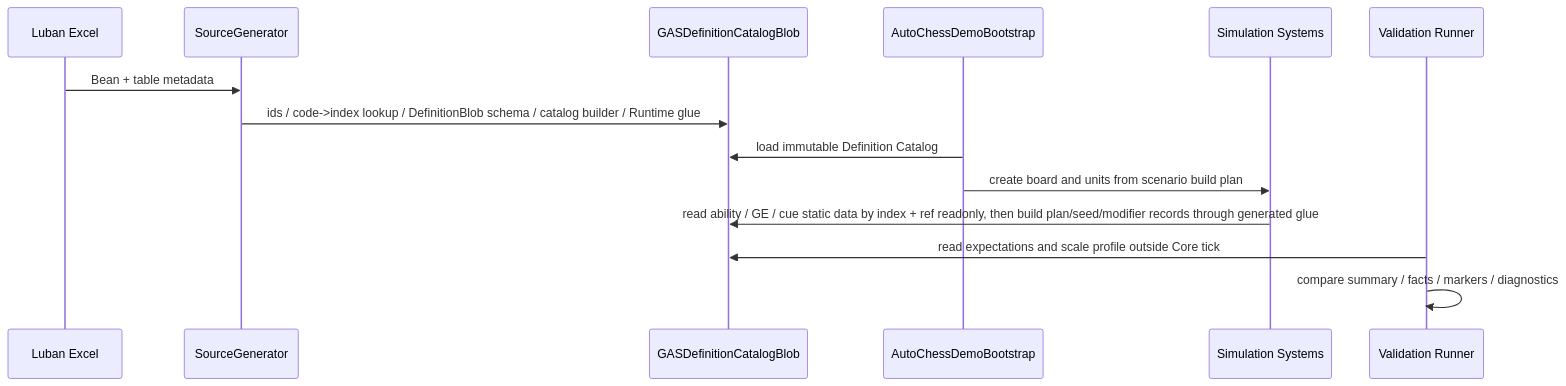
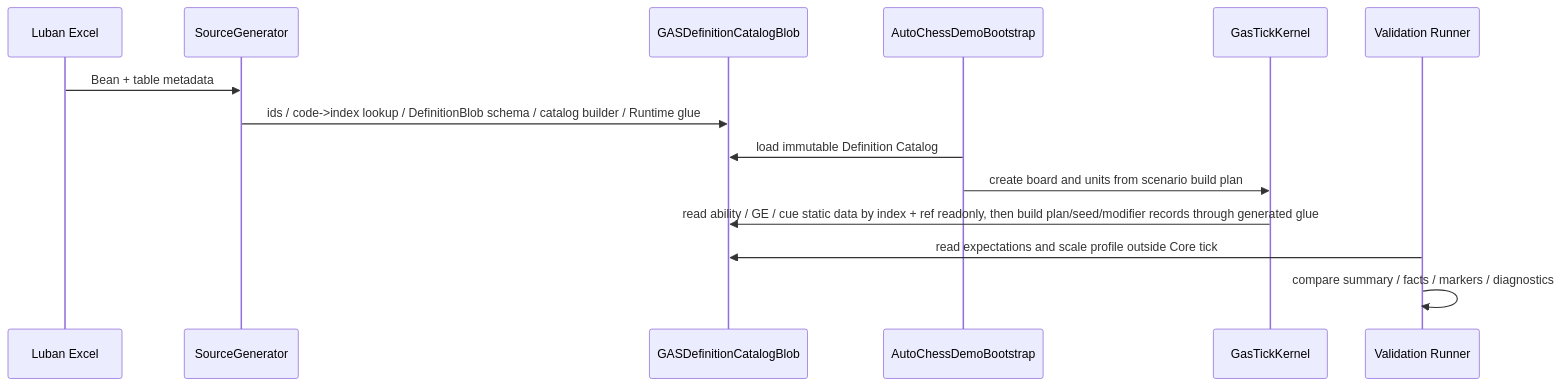
The second of 2 diagrams in 方案讨论/针对2.0的ECS架构的迭代方案讨论/01-目标态架构共识/11-AutoChessDemo-Luban配置方案Spec.md (Bo-ki/gameplay-ability-system-for-unity), drawn with Mermaid before and after one commit. The commit also changed other lines of this file and 104 other files, not shown here.

````diff
--- a/方案讨论/针对2.0的ECS架构的迭代方案讨论/01-目标态架构共识/11-AutoChessDemo-Luban配置方案Spec.md
+++ b/方案讨论/针对2.0的ECS架构的迭代方案讨论/01-目标态架构共识/11-AutoChessDemo-Luban配置方案Spec.md
@@ -501,17 +556,17 @@
 ```mermaid
 sequenceDiagram
     participant Excel as Luban Excel
     participant Gen as SourceGenerator
     participant Catalog as GASDefinitionCatalogBlob
     participant Bootstrap as AutoChessDemoBootstrap
-    participant Sim as Simulation Systems
+    participant Sim as GasTickKernel
     participant Validation as Validation Runner
 
     Excel->>Gen: Bean + table metadata
     Gen->>Catalog: ids / code->index lookup / DefinitionBlob schema / catalog builder / Runtime glue
     Bootstrap->>Catalog: load immutable Definition Catalog
     Bootstrap->>Sim: create board and units from scenario build plan
     Sim->>Catalog: read ability / GE / cue static data by index + ref readonly, then build plan/seed/modifier records through generated glue
     Validation->>Catalog: read expectations and scale profile outside Core tick
     Validation->>Validation: compare summary / facts / markers / diagnostics
 ```
````
